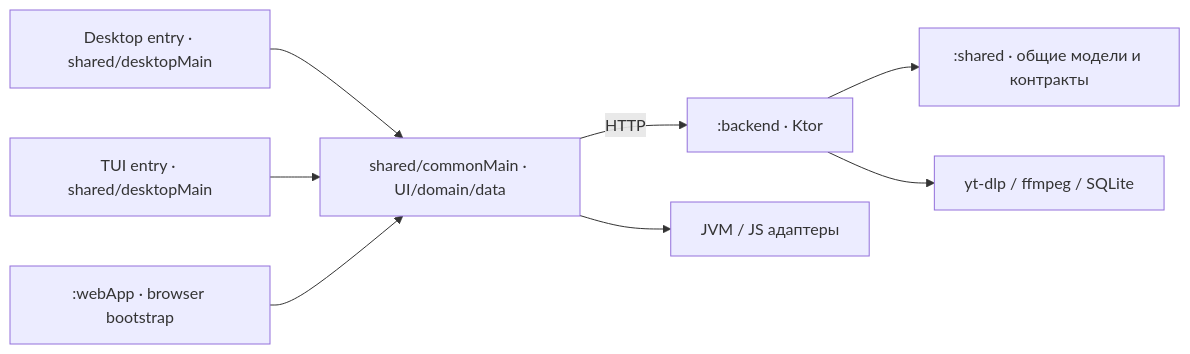
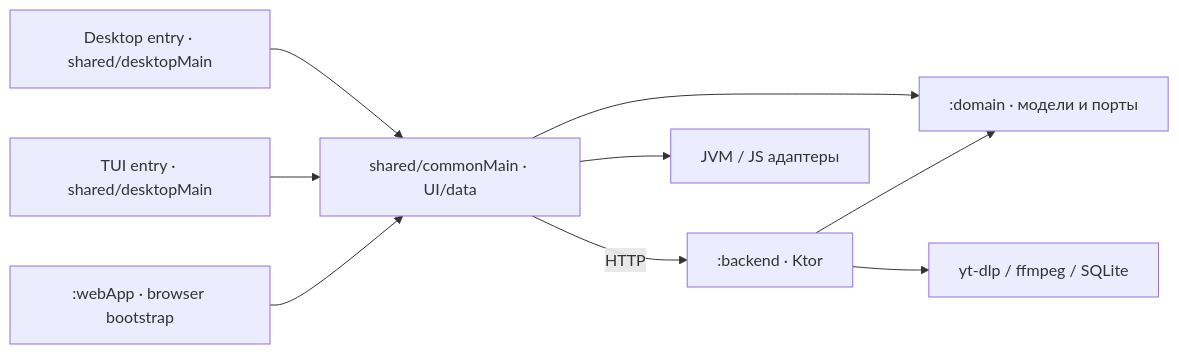
One commit to ursusandwolf/langkraft changed the diagram in docs/DEVELOPER_GUIDE.md. Above: the diagram before and after it, drawn with Mermaid. The commit also changed other lines of this file and 21 other files, not shown here.

First line of the commit message:
refactor: extract :domain module without Compose for backend

````diff
--- a/docs/DEVELOPER_GUIDE.md
+++ b/docs/DEVELOPER_GUIDE.md
@@ -15,10 +16,11 @@
 ```mermaid
 flowchart LR
-    Desktop["Desktop entry · shared/desktopMain"] --> Common["shared/commonMain · UI/domain/data"]
+    Desktop["Desktop entry · shared/desktopMain"] --> Common["shared/commonMain · UI/data"]
     TUI["TUI entry · shared/desktopMain"] --> Common
     Web[":webApp · browser bootstrap"] --> Common
-    Backend[":backend · Ktor"] --> Shared[":shared · общие модели и контракты"]
+    Common --> Domain[":domain · модели и порты"]
+    Backend[":backend · Ktor"] --> Domain
     Common --> Platform["JVM / JS адаптеры"]
     Common -->|HTTP| Backend
     Backend --> Media["yt-dlp / ffmpeg / SQLite"]
 ```
````
